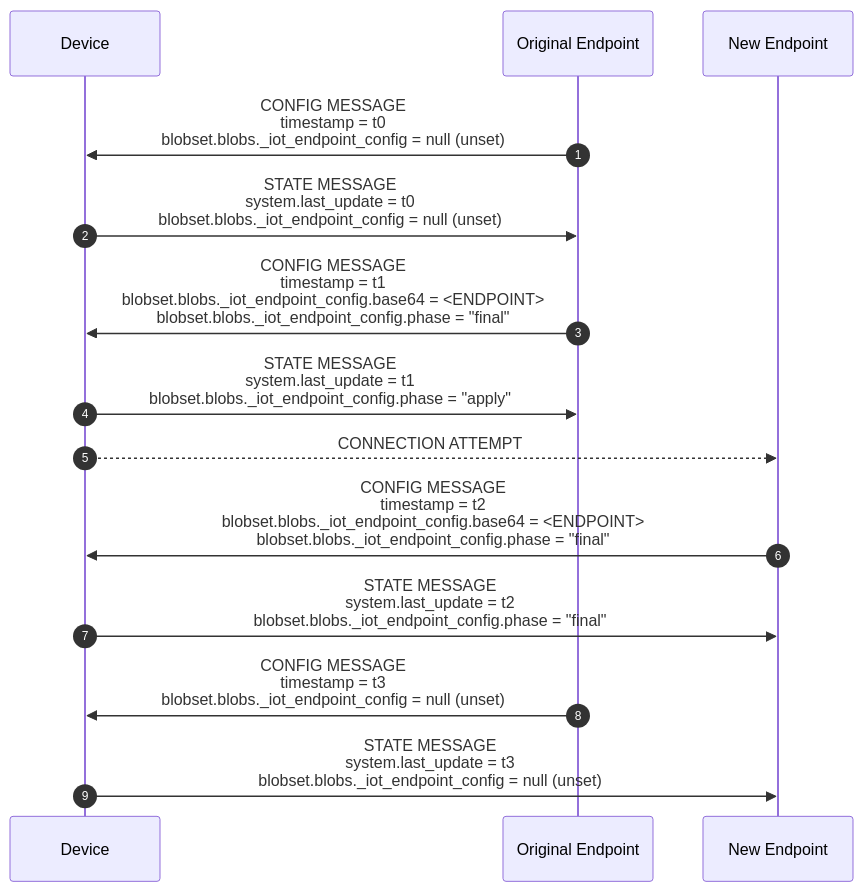
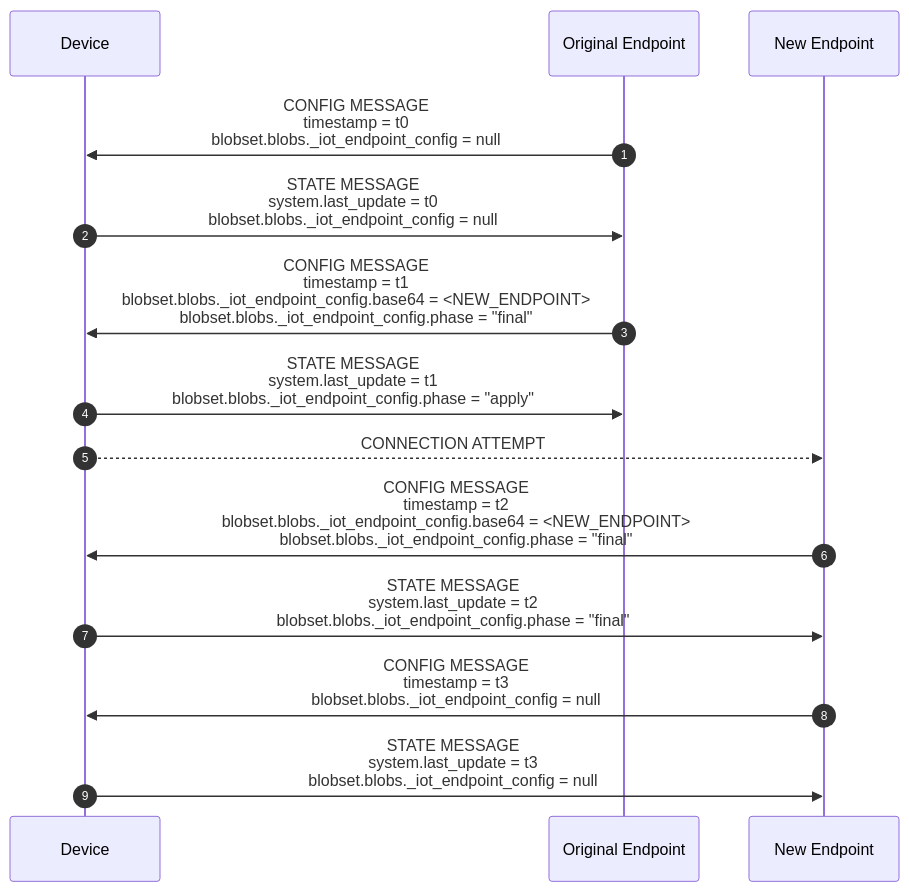
One commit to faucetsdn/udmi changed the first of 2 diagrams in docs/specs/sequences/endpoint_reconfiguration.md. Above: the diagram before and after it, drawn with Mermaid. The commit also changed other lines of this file and 1 other file, not shown here.

Commit message:
comments

````diff
--- a/docs/specs/sequences/endpoint_reconfiguration.md
+++ b/docs/specs/sequences/endpoint_reconfiguration.md
@@ -20,17 +20,17 @@
 ```mermaid
 %%{wrap}%%
 sequenceDiagram
     autonumber
     participant D as Device
     participant E as Original Endpoint
     participant E' as New Endpoint
-    E->>D:CONFIG MESSAGE<br>timestamp = t0<br/>blobset.blobs._iot_endpoint_config = null (unset)
-    D->>E:STATE MESSAGE<br/>system.last_update = t0<br/>blobset.blobs._iot_endpoint_config = null (unset)
-    E->>D:CONFIG MESSAGE<br>timestamp = t1<br/>blobset.blobs._iot_endpoint_config.base64 = <ENDPOINT><br>blobset.blobs._iot_endpoint_config.phase = "final"
+    E->>D:CONFIG MESSAGE<br>timestamp = t0<br/>blobset.blobs._iot_endpoint_config = null
+    D->>E:STATE MESSAGE<br/>system.last_update = t0<br/>blobset.blobs._iot_endpoint_config = null
+    E->>D:CONFIG MESSAGE<br>timestamp = t1<br/>blobset.blobs._iot_endpoint_config.base64 = <NEW_ENDPOINT><br>blobset.blobs._iot_endpoint_config.phase = "final"
     D->>E:STATE MESSAGE<br/>system.last_update = t1<br/>blobset.blobs._iot_endpoint_config.phase = "apply"
     D-->>E':CONNECTION ATTEMPT
-    E'->>D:CONFIG MESSAGE<br>timestamp = t2<br/>blobset.blobs._iot_endpoint_config.base64 = <ENDPOINT><br>blobset.blobs._iot_endpoint_config.phase = "final"
+    E'->>D:CONFIG MESSAGE<br>timestamp = t2<br/>blobset.blobs._iot_endpoint_config.base64 = <NEW_ENDPOINT><br>blobset.blobs._iot_endpoint_config.phase = "final"
     D->>E':STATE MESSAGE<br/>system.last_update = t2<br/>blobset.blobs._iot_endpoint_config.phase = "final"
-    E->>D:CONFIG MESSAGE<br/>timestamp = t3<br/>blobset.blobs._iot_endpoint_config = null (unset)
-    D->>E':STATE MESSAGE<br/>system.last_update = t3<br/>blobset.blobs._iot_endpoint_config = null (unset)
+    E'->>D:CONFIG MESSAGE<br/>timestamp = t3<br/>blobset.blobs._iot_endpoint_config = null
+    D->>E':STATE MESSAGE<br/>system.last_update = t3<br/>blobset.blobs._iot_endpoint_config = null
 ```
````
